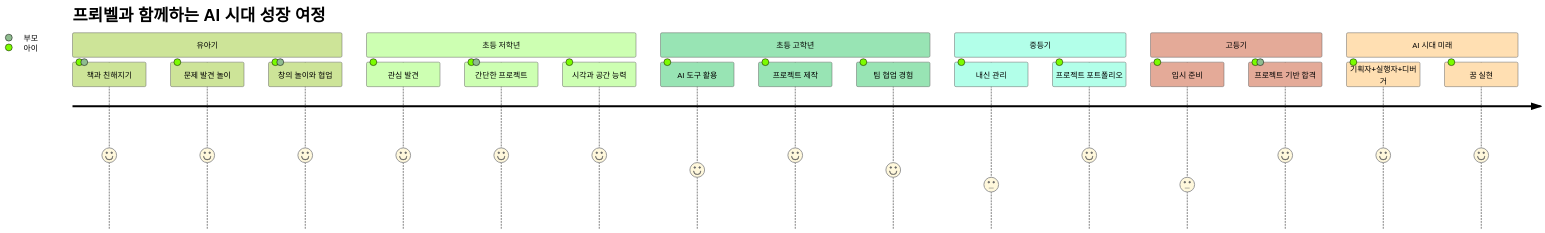
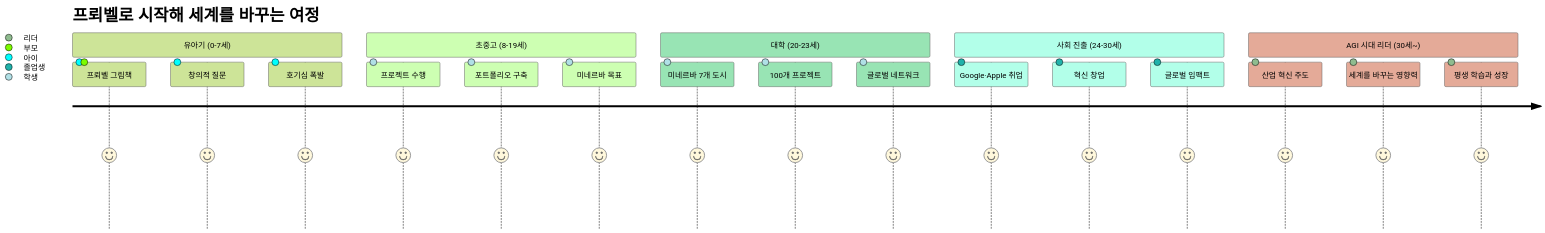
Diagram 47 of 47 in 2단계_유아초등교육커리큘럼.md (Collegenie-X/froebel), drawn with Mermaid (forest theme) before and after one commit. The commit also changed other lines of this file, not shown here.

````diff
--- a/2단계_유아초등교육커리큘럼.md
+++ b/2단계_유아초등교육커리큘럼.md
@@ -1770,25 +2527,24 @@
 ```mermaid
 journey
-    title 프뢰벨과 함께하는 AI 시대 성장 여정
-    section 유아기
-      책과 친해지기: 5: 아이, 부모
-      문제 발견 놀이: 5: 아이
-      창의 놀이와 협업: 5: 아이, 부모
-    section 초등 저학년
-      관심 발견: 5: 아이
-      간단한 프로젝트: 5: 아이, 부모
-      시각과 공간 능력: 5: 아이
-    section 초등 고학년
-      AI 도구 활용: 4: 아이
-      프로젝트 제작: 5: 아이
-      팀 협업 경험: 4: 아이
-    section 중등기
-      내신 관리: 3: 아이
-      프로젝트 포트폴리오: 5: 아이
-    section 고등기
-      입시 준비: 3: 아이
-      프로젝트 기반 합격: 5: 아이, 부모
-    section AI 시대 미래
-      기획자+실행자+디버거: 5: 아이
-      꿈 실현: 5: 아이
+    title 프뢰벨로 시작해 세계를 바꾸는 여정
+    section 유아기 (0-7세)
+      프뢰벨 그림책: 5: 아이, 부모
+      창의적 질문: 5: 아이
+      호기심 폭발: 5: 아이
+    section 초중고 (8-19세)
+      프로젝트 수행: 5: 학생
+      포트폴리오 구축: 5: 학생
+      미네르바 목표: 5: 학생
+    section 대학 (20-23세)
+      미네르바 7개 도시: 5: 학생
+      100개 프로젝트: 5: 학생
+      글로벌 네트워크: 5: 학생
+    section 사회 진출 (24-30세)
+      Google·Apple 취업: 5: 졸업생
+      혁신 창업: 5: 졸업생
+      글로벌 임팩트: 5: 졸업생
+    section AGI 시대 리더 (30세~)
+      산업 혁신 주도: 5: 리더
+      세계를 바꾸는 영향력: 5: 리더
+      평생 학습과 성장: 5: 리더
 ```
````
